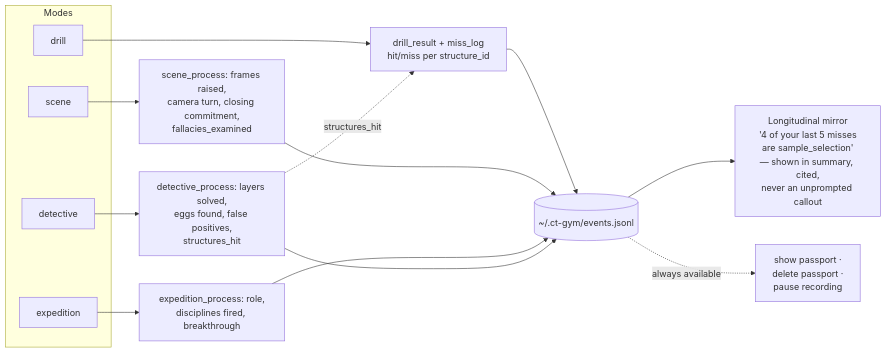
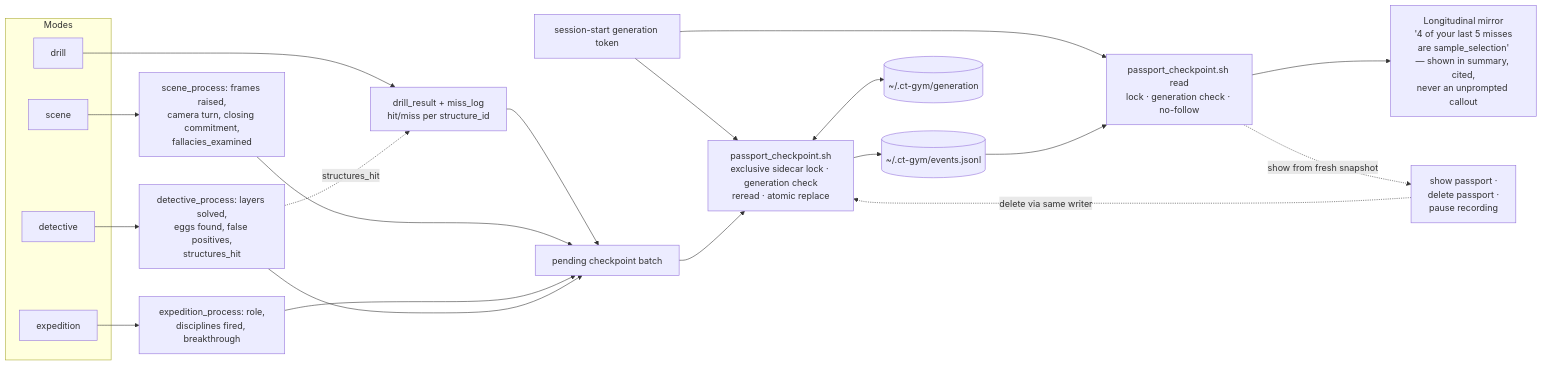
One commit to Imbad0202/critical-thinking-for-humans changed the fifth of 6 diagrams in docs/ARCHITECTURE.md. Above: the diagram before and after it, drawn with Mermaid. The commit also changed other lines of this file and 14 other files, not shown here.

````diff
--- a/docs/ARCHITECTURE.md
+++ b/docs/ARCHITECTURE.md
@@ -176,24 +184,31 @@
 ```mermaid
 flowchart LR
     subgraph Modes
         D[drill]
         S[scene]
         E[expedition]
         DT[detective]
     end
 
     D --> EV1["drill_result + miss_log<br/>hit/miss per structure_id"]
     S --> EV2["scene_process: frames raised,<br/>camera turn, closing commitment,<br/>fallacies_examined"]
     E --> EV3["expedition_process: role,<br/>disciplines fired, breakthrough"]
     DT --> EV4["detective_process: layers solved,<br/>eggs found, false positives,<br/>structures_hit"]
 
-    EV1 --> Log[(~/.ct-gym/events.jsonl)]
-    EV2 --> Log
-    EV3 --> Log
-    EV4 --> Log
+    EV1 --> Batch["pending checkpoint batch"]
+    EV2 --> Batch
+    EV3 --> Batch
+    EV4 --> Batch
+    Epoch["session-start generation token"] --> Writer
+    Batch --> Writer["passport_checkpoint.sh<br/>exclusive sidecar lock · generation check<br/>reread · atomic replace"]
+    Writer --> Log[(~/.ct-gym/events.jsonl)]
+    Writer <--> Generation[(~/.ct-gym/generation)]
+    Epoch --> Reader["passport_checkpoint.sh read<br/>lock · generation check · no-follow"]
+    Log --> Reader
     EV4 -. "structures_hit" .-> EV1
 
-    Log --> Mirror["Longitudinal mirror<br/>'4 of your last 5 misses<br/>are sample_selection'<br/>— shown in summary, cited,<br/>never an unprompted callout"]
+    Reader --> Mirror["Longitudinal mirror<br/>'4 of your last 5 misses<br/>are sample_selection'<br/>— shown in summary, cited,<br/>never an unprompted callout"]
 
-    Log -. "always available" .-> Controls["show passport ·<br/>delete passport ·<br/>pause recording"]
+    Reader -. "show from fresh snapshot" .-> Controls["show passport ·<br/>delete passport ·<br/>pause recording"]
+    Controls -. "delete via same writer" .-> Writer
 ```
````
